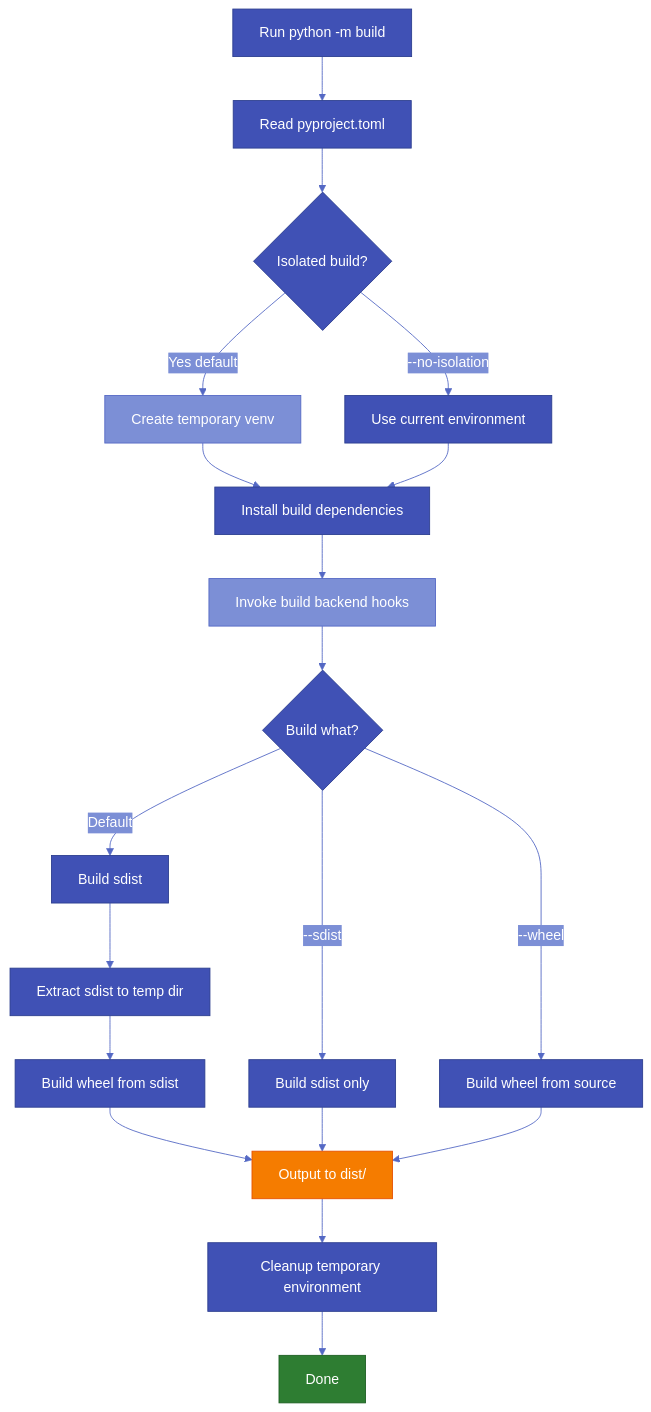
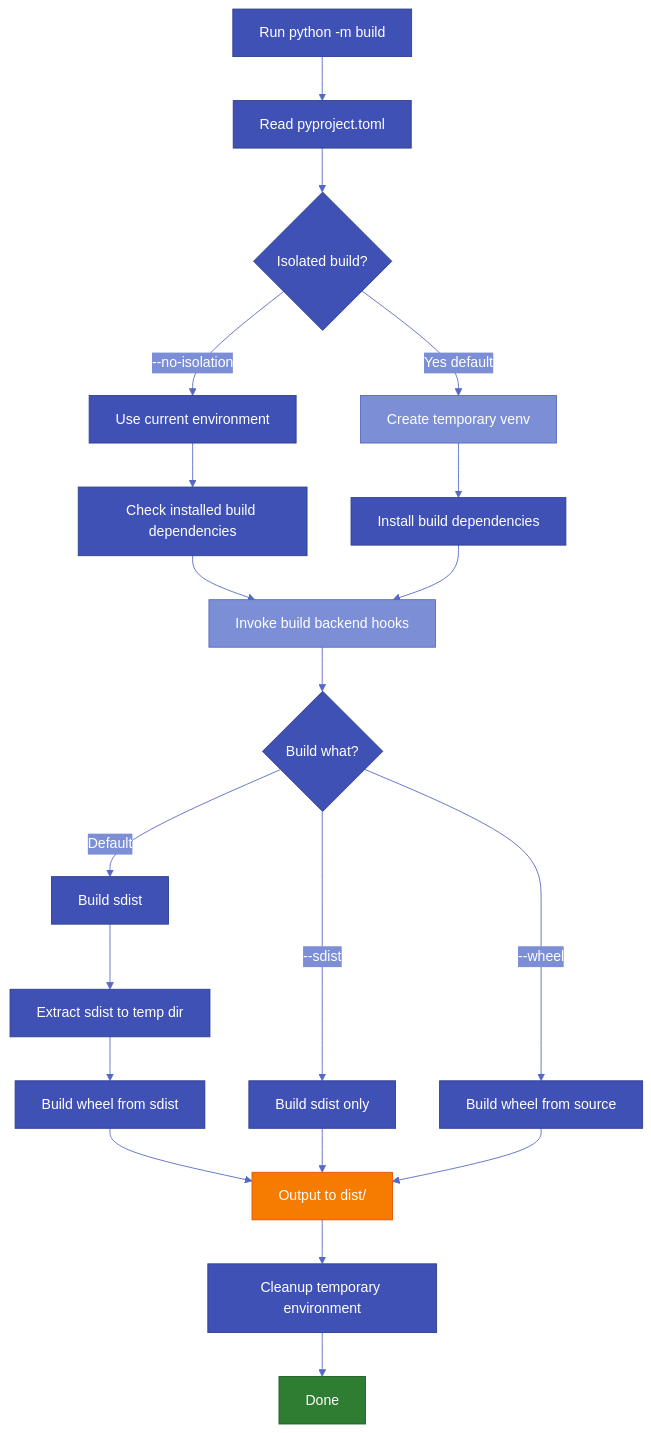
Before and after one commit to pypa/build: the diagram in docs/explanation/how-it-works.rst, drawn with Mermaid. The commit also changed other lines of this file and 7 other files, not shown here.

```diff
--- a/docs/explanation/how-it-works.rst
+++ b/docs/explanation/how-it-works.rst
@@ -13,28 +13,30 @@
 .. mermaid::
+    :name: build-process-flowchart
 
     %%{init: {'theme':'base', 'themeVariables': { 'primaryColor':'#4051b5','primaryTextColor':'#fff','primaryBorderColor':'#2c3e8f','lineColor':'#5468c4','secondaryColor':'#7c8fd6','tertiaryColor':'#e8eaf6'}}}%%
     flowchart TD
         A[Run python -m build] --> B[Read pyproject.toml]
         B --> C{Isolated build?}
         C -->|Yes default| D[Create temporary venv]
         C -->|--no-isolation| E[Use current environment]
         D --> F[Install build dependencies]
-        E --> F
+        E --> Q[Check installed build dependencies]
+        Q --> G
         F --> G[Invoke build backend hooks]
         G --> H{Build what?}
         H -->|Default| I[Build sdist]
         I --> J[Extract sdist to temp dir]
         J --> K[Build wheel from sdist]
         H -->|--sdist| L[Build sdist only]
         H -->|--wheel| M[Build wheel from source]
         K --> N[Output to dist/]
         L --> N
         M --> N
         N --> O[Cleanup temporary environment]
         O --> P[Done]
 
         style A fill:#4051b5,stroke:#2c3e8f,color:#fff
         style P fill:#2e7d32,stroke:#1b5e20,color:#fff
         style N fill:#f57c00,stroke:#e65100,color:#fff
         style D fill:#7c8fd6,stroke:#5468c4,color:#fff
         style G fill:#7c8fd6,stroke:#5468c4,color:#fff
```
